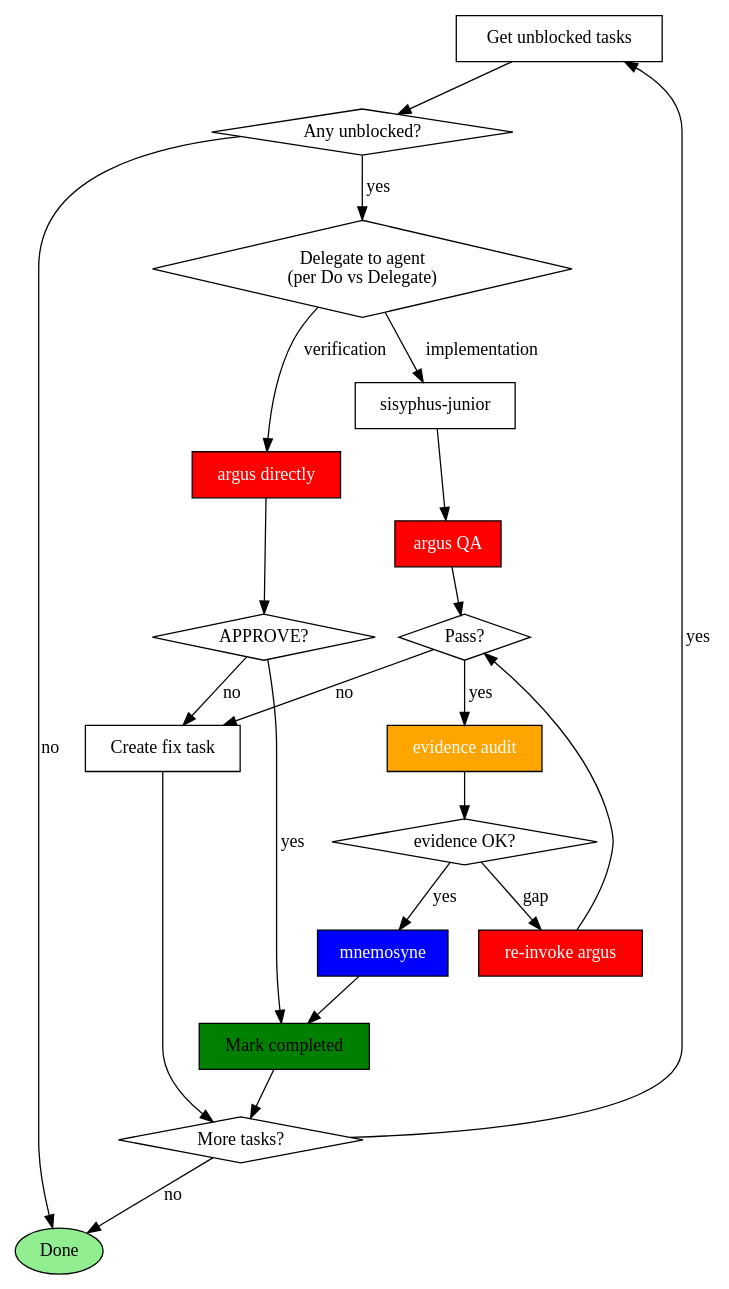
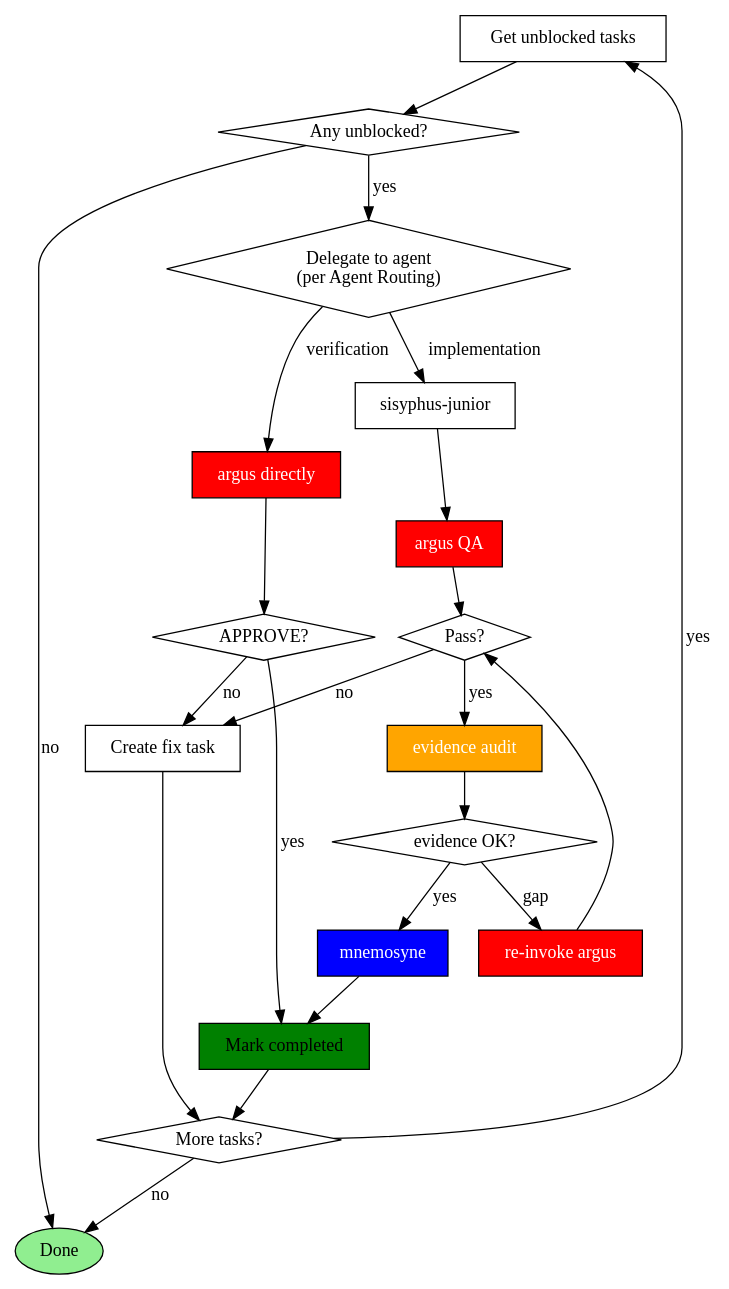
Before and after one commit to toongri/oh-my-toong-playground: the diagram in skills/sisyphus/SKILL.md, drawn with Graphviz. The commit also changed other lines of this file and 3 other files, not shown here.

````diff
--- a/skills/sisyphus/SKILL.md
+++ b/skills/sisyphus/SKILL.md
@@ -364,43 +116,43 @@
 ```dot
 digraph task_loop {
     rankdir=TB;
     "Get unblocked tasks" [shape=box];
     "Any unblocked?" [shape=diamond];
-    "Delegate to agent\n(per Do vs Delegate)" [shape=diamond];
+    "Delegate to agent\n(per Agent Routing)" [shape=diamond];
     "sisyphus-junior" [shape=box];
     "argus directly" [shape=box, style=filled, fillcolor=red, fontcolor=white];
     "argus QA" [shape=box, style=filled, fillcolor=red, fontcolor=white];
     "Pass?" [shape=diamond];
     "APPROVE?" [shape=diamond];
+    "evidence audit" [shape=box, style=filled, fillcolor=orange, fontcolor=white];
+    "evidence OK?" [shape=diamond];
     "mnemosyne" [shape=box, style=filled, fillcolor=blue, fontcolor=white];
     "Mark completed" [shape=box, style=filled, fillcolor=green];
     "Create fix task" [shape=box];
+    "re-invoke argus" [shape=box, style=filled, fillcolor=red, fontcolor=white];
     "More tasks?" [shape=diamond];
     "Done" [shape=ellipse, style=filled, fillcolor=lightgreen];
 
     "Get unblocked tasks" -> "Any unblocked?";
-    "Any unblocked?" -> "Delegate to agent\n(per Do vs Delegate)" [label="yes"];
+    "Any unblocked?" -> "Delegate to agent\n(per Agent Routing)" [label="yes"];
     "Any unblocked?" -> "Done" [label="no"];
-    "Delegate to agent\n(per Do vs Delegate)" -> "sisyphus-junior" [label="implementation"];
-    "Delegate to agent\n(per Do vs Delegate)" -> "argus directly" [label="verification"];
+    "Delegate to agent\n(per Agent Routing)" -> "sisyphus-junior" [label="implementation"];
+    "Delegate to agent\n(per Agent Routing)" -> "argus directly" [label="verification"];
     "sisyphus-junior" -> "argus QA";
     "argus QA" -> "Pass?";
-    "evidence audit" [shape=box, style=filled, fillcolor=orange, fontcolor=white];
-    "evidence OK?" [shape=diamond];
     "Pass?" -> "evidence audit" [label="yes"];
     "evidence audit" -> "evidence OK?";
     "evidence OK?" -> "mnemosyne" [label="yes"];
     "evidence OK?" -> "re-invoke argus" [label="gap"];
-    "re-invoke argus" [shape=box, style=filled, fillcolor=red, fontcolor=white];
     "re-invoke argus" -> "Pass?";
     "Pass?" -> "Create fix task" [label="no"];
     "mnemosyne" -> "Mark completed";
     "argus directly" -> "APPROVE?";
     "APPROVE?" -> "Mark completed" [label="yes"];
     "APPROVE?" -> "Create fix task" [label="no"];
     "Mark completed" -> "More tasks?";
     "Create fix task" -> "More tasks?";
     "More tasks?" -> "Get unblocked tasks" [label="yes"];
     "More tasks?" -> "Done" [label="no"];
 }
 ```
````
